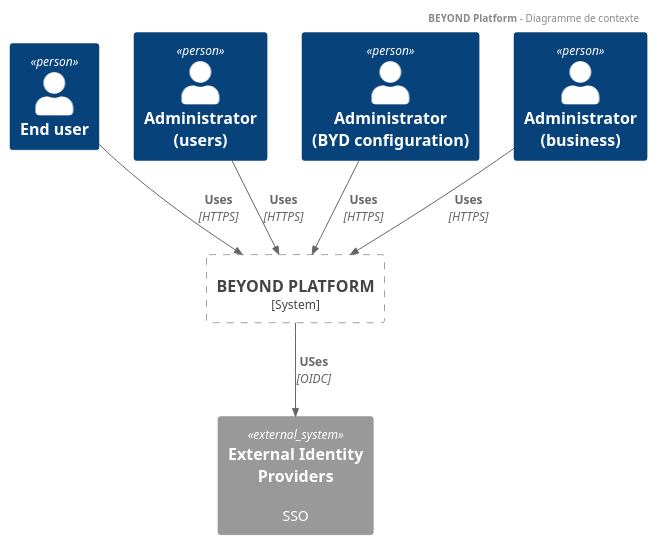
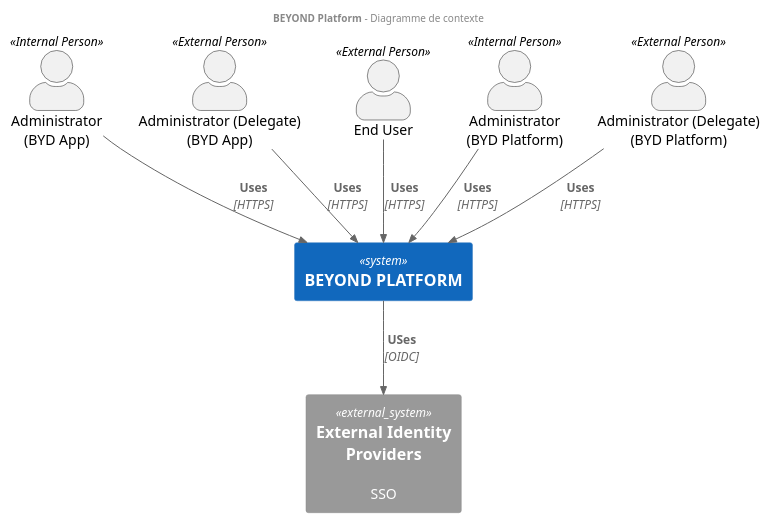
The diagram in 02.byd-Platform/1.ArchitectureDossier/tools/diagrams/0100.SystemContext.wsd (cogirep/documentation), drawn with PlantUML before and after one commit. The commit also changed 10 other files, not shown here.

```diff
--- a/02.byd-Platform/1.ArchitectureDossier/tools/diagrams/0100.SystemContext.wsd
+++ b/02.byd-Platform/1.ArchitectureDossier/tools/diagrams/0100.SystemContext.wsd
@@ -1,28 +1,31 @@
 @startuml system-context
+!includeurl https://raw.githubusercontent.com/skleanthous/C4-PlantumlSkin/master/build/output/c4.puml
 header
     <b>BEYOND Platform</b> - Diagramme de contexte
 end header
 
 !include ../../../../tools/C4-PlantUML/C4.puml
 !include ../../../../tools/C4-PlantUML/C4_Context.puml
 
-Person(EndUSer, "End user")
-Person(AdminIAM, "Administrator\n(users)")
-Person(AdminBYDPTF, "Administrator\n(BYD configuration)")
-Person(AdminDF, "Administrator\n(business)")
+actor "Administrator\n(BYD App)" as AdminBYDAPPREAInt <<Internal Person>>
+actor "Administrator (Delegate)\n(BYD App)" as AdminBYDAPPREAExt <<External Person>>
+actor "End User" as EndUSer <<External Person>>
+actor "Administrator\n(BYD Platform)" as AdminBYDPTFInt <<Internal Person>>
+actor "Administrator (Delegate)\n(BYD Platform)" as AdminBYDPTFExt <<External Person>>
 
-System_Boundary(BYDPTFM, "BEYOND PLATFORM") {
+System(BYDPTFM, "BEYOND PLATFORM") {
 }
 
 System_Ext(IdP, "External Identity Providers", "SSO")
 
 ' Relations
 ' - with users
-Rel(AdminIAM, BYDPTFM, "Uses", "HTTPS")
-Rel(AdminBYDPTF, BYDPTFM, "Uses", "HTTPS")
-Rel(AdminDF, BYDPTFM, "Uses", "HTTPS")
+Rel(AdminBYDAPPREAInt, BYDPTFM, "Uses", "HTTPS")
+Rel(AdminBYDAPPREAExt, BYDPTFM, "Uses", "HTTPS")
 Rel(EndUSer, BYDPTFM, "Uses", "HTTPS")
+Rel(AdminBYDPTFInt, BYDPTFM, "Uses", "HTTPS")
+Rel(AdminBYDPTFExt, BYDPTFM, "Uses", "HTTPS")
 ' - between systems and external systems
 Rel(BYDPTFM, IdP, "USes", "OIDC")
 
 @enduml
```
